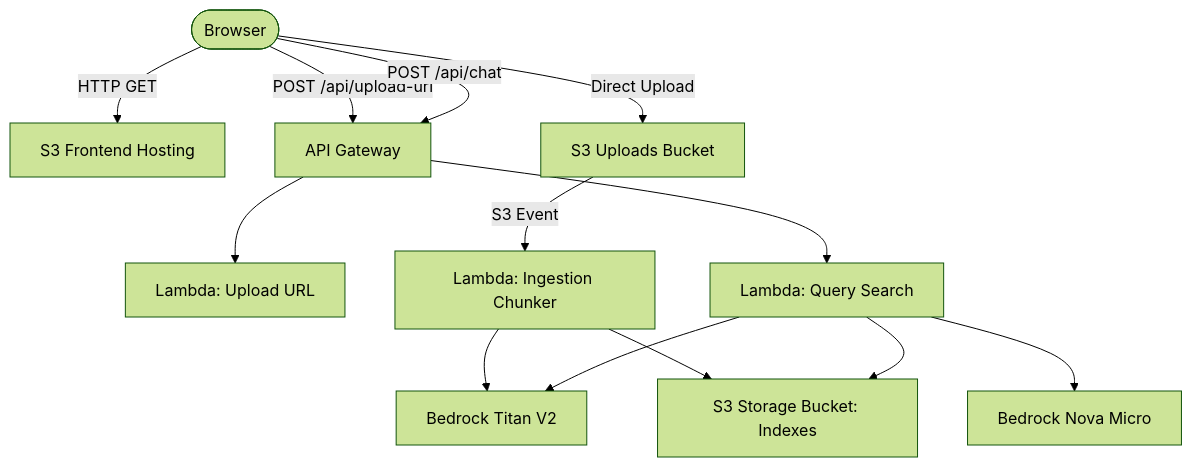
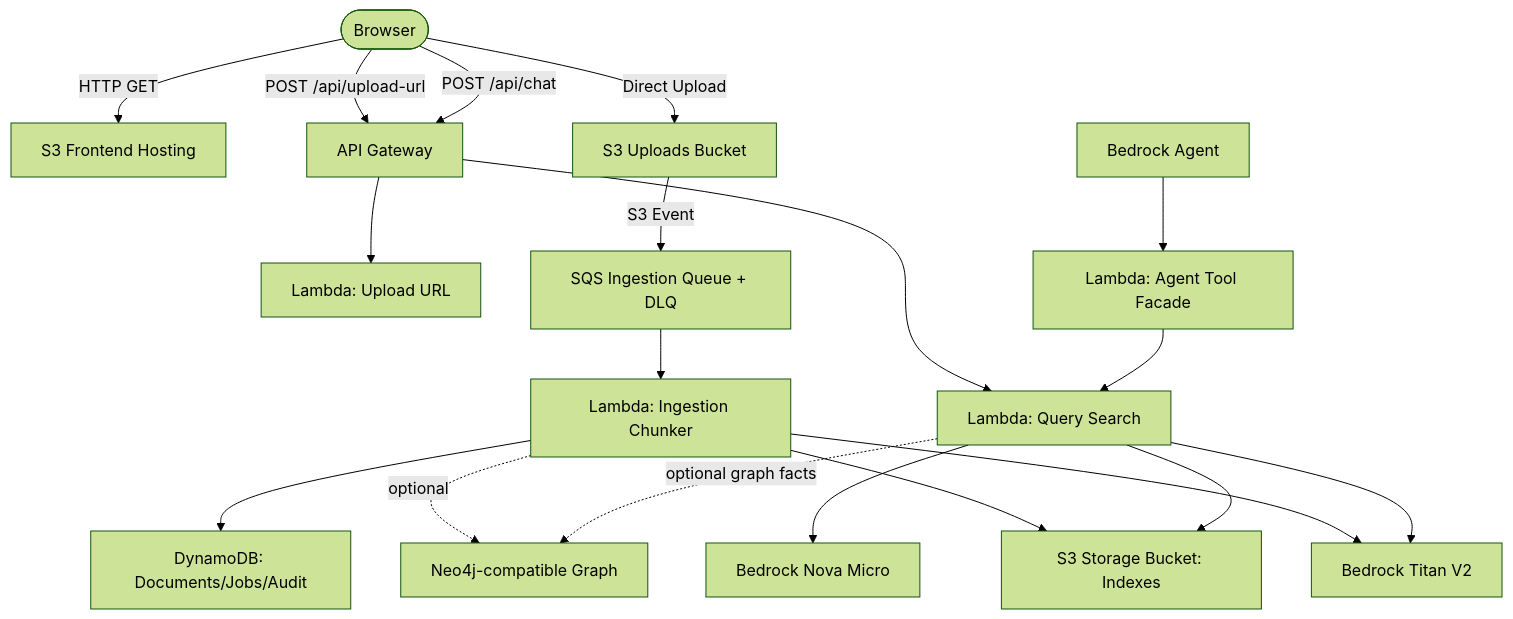
Before and after one commit to hanxuema/awsrag: the diagram in README.md, drawn with Mermaid (forest theme). The commit also changed other lines of this file and 20 other files, not shown here.

Commit message:
feat: add serverless graphrag platform slice

````diff
--- a/README.md
+++ b/README.md
@@ -24,16 +26,22 @@
 ```mermaid
 graph TD
     User([Browser]) -->|HTTP GET| S3UI[S3 Frontend Hosting]
     User -->|POST /api/upload-url| APIG[API Gateway]
     APIG --> LambdaUpload[Lambda: Upload URL]
     User -->|Direct Upload| S3Uploads[S3 Uploads Bucket]
-    S3Uploads -->|S3 Event| LambdaIngest[Lambda: Ingestion Chunker]
+    S3Uploads -->|S3 Event| SQS[SQS Ingestion Queue + DLQ]
+    SQS --> LambdaIngest[Lambda: Ingestion Chunker]
     LambdaIngest --> BedrockEmbed[Bedrock Titan V2]
     LambdaIngest --> S3Storage[S3 Storage Bucket: Indexes]
+    LambdaIngest --> DDB[DynamoDB: Documents/Jobs/Audit]
+    LambdaIngest -. optional .-> Neo4j[Neo4j-compatible Graph]
     
     User -->|POST /api/chat| APIG
     APIG --> LambdaQuery[Lambda: Query Search]
     LambdaQuery --> BedrockEmbed
     LambdaQuery --> S3Storage
+    LambdaQuery -. optional graph facts .-> Neo4j
     LambdaQuery --> BedrockLLM[Bedrock Nova Micro]
+    Agent[Bedrock Agent] --> AgentTool[Lambda: Agent Tool Facade]
+    AgentTool --> LambdaQuery
 ```
````
